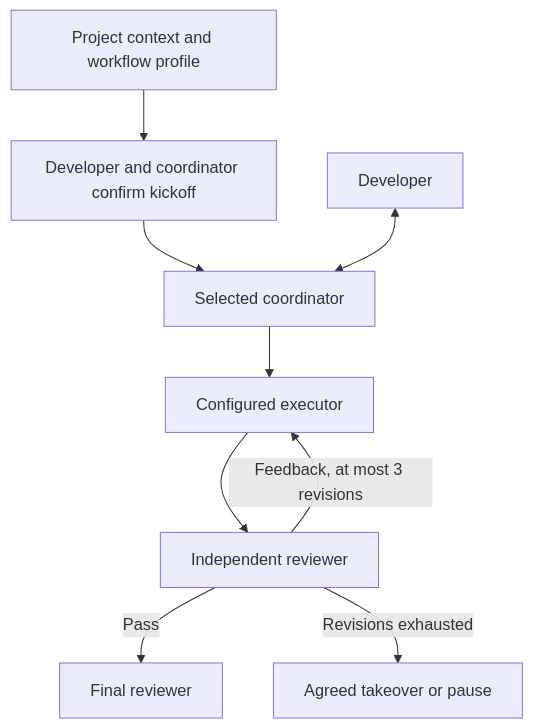
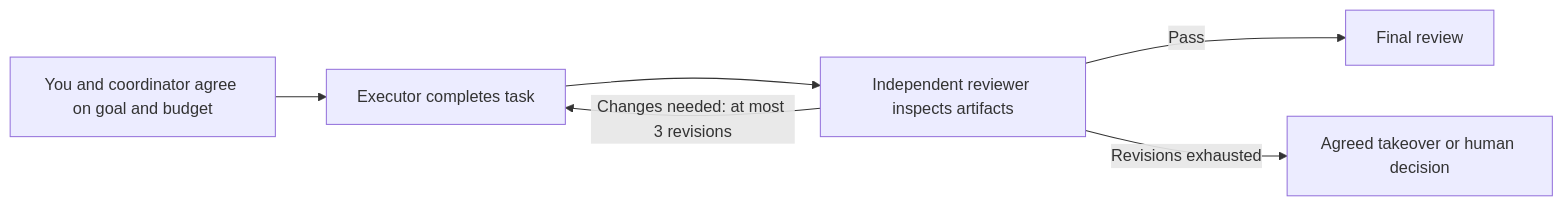
Before and after one commit to jake2ace/multi-model-dev-framework: the diagram in README.en.md, drawn with Mermaid. The commit also changed other lines of this file and 3 other files, not shown here.

````diff
--- a/README.en.md
+++ b/README.en.md
@@ -30,11 +48,8 @@
 ```mermaid
-flowchart TD
-    P[Project context and workflow profile] --> K[Developer and coordinator confirm kickoff]
-    K --> C[Selected coordinator]
-    H[Developer] <--> C
-    C --> E[Configured executor]
-    E --> R[Independent reviewer]
-    R -->|Feedback, at most 3 revisions| E
-    R -->|Pass| F[Final reviewer]
-    R -->|Revisions exhausted| U[Agreed takeover or pause]
+flowchart LR
+    H[You and coordinator agree on goal and budget] --> E[Executor completes task]
+    E --> R[Independent reviewer inspects artifacts]
+    R -->|Changes needed: at most 3 revisions| E
+    R -->|Pass| F[Final review]
+    R -->|Revisions exhausted| P[Agreed takeover or human decision]
 ```
````
